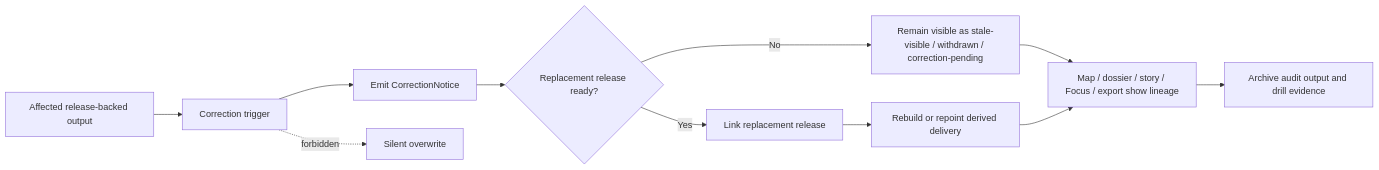
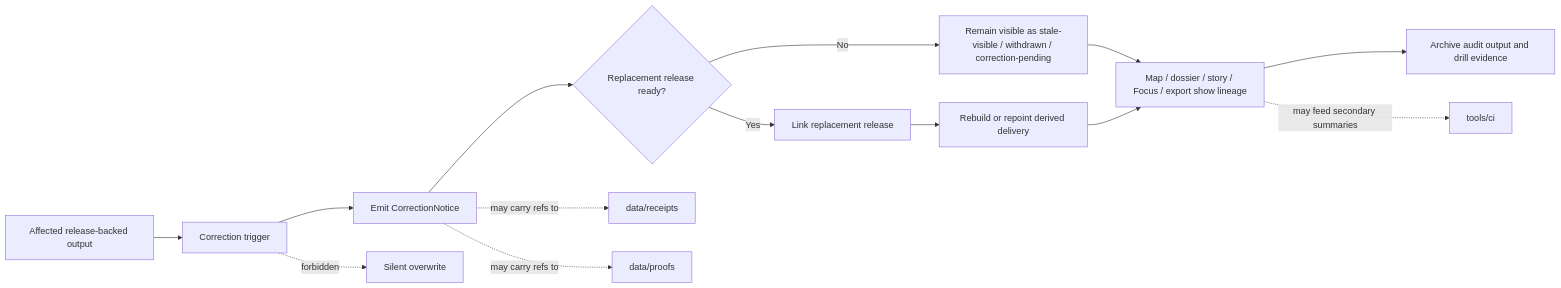
One commit to bartytime4life/Kansas-Frontier-Matrix changed the diagram in tests/e2e/correction/README.md. Above: the diagram before and after it, drawn with Mermaid. The commit also changed other lines of this file, not shown here.

````diff
--- a/tests/e2e/correction/README.md
+++ b/tests/e2e/correction/README.md
@@ -324,13 +456,18 @@
 ```mermaid
 flowchart LR
     A[Affected release-backed output] --> B[Correction trigger]
     B --> C[Emit CorrectionNotice]
     C --> D{Replacement release ready?}
     D -- No --> E[Remain visible as stale-visible / withdrawn / correction-pending]
     D -- Yes --> F[Link replacement release]
     F --> G[Rebuild or repoint derived delivery]
     E --> H[Map / dossier / story / Focus / export show lineage]
     G --> H
     H --> I[Archive audit output and drill evidence]
+
+    C -. may carry refs to .-> R[data/receipts]
+    C -. may carry refs to .-> P[data/proofs]
+    H -. may feed secondary summaries .-> S[tools/ci]
+
     B -. forbidden .-> X[Silent overwrite]
 ```
````
